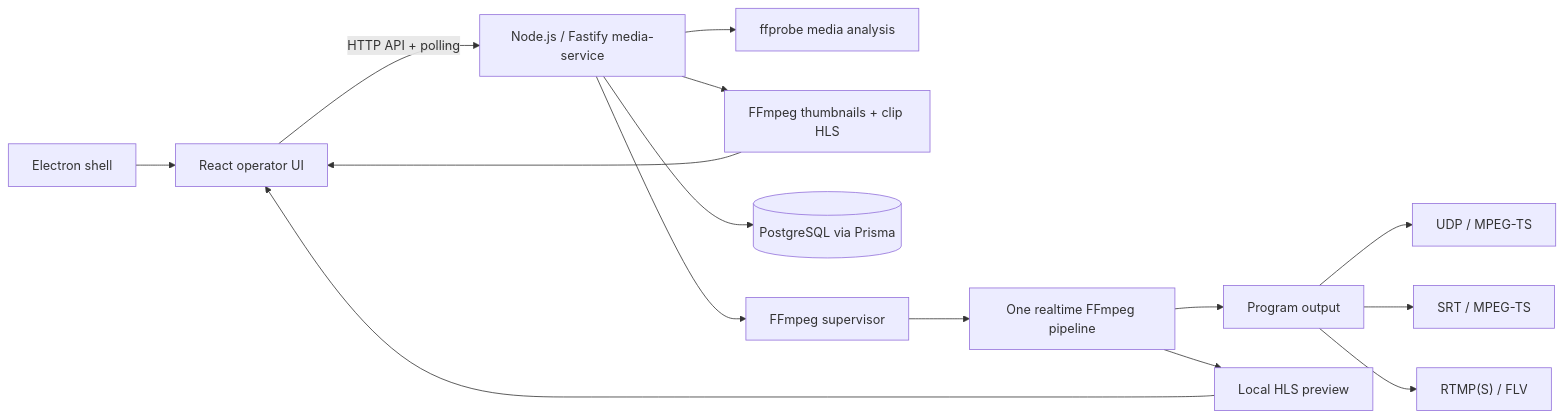
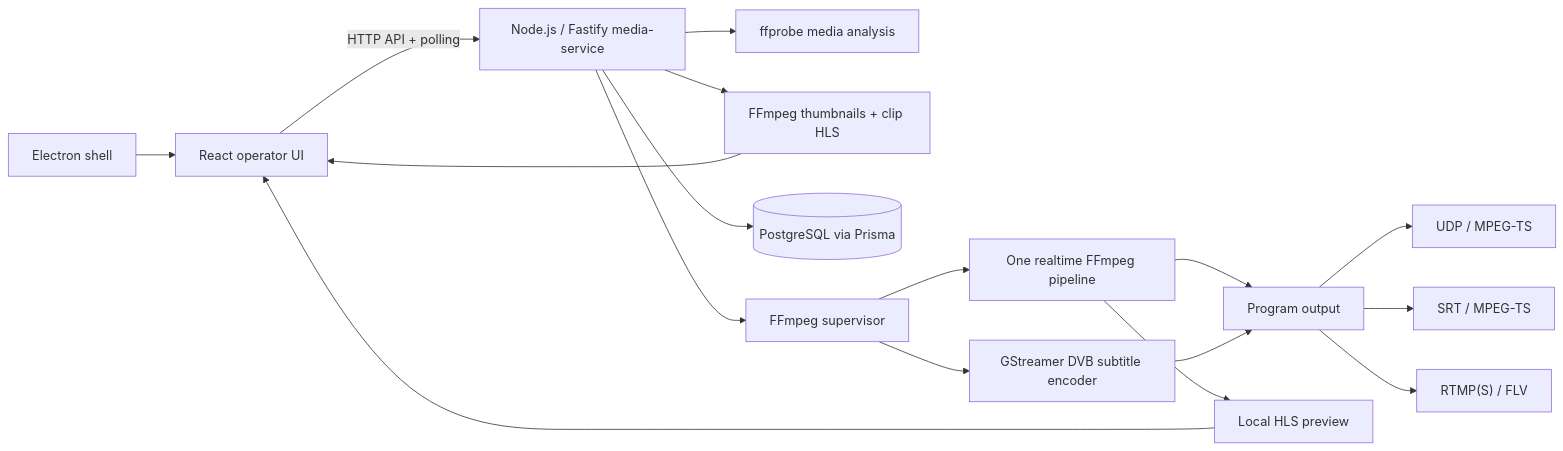
The first of 4 diagrams in docs/architecture.md (MetelevNikita/FluxIO), drawn with Mermaid before and after one commit. The commit also changed other lines of this file and 50 other files, not shown here.

````diff
--- a/docs/architecture.md
+++ b/docs/architecture.md
@@ -7,17 +7,19 @@
 ```mermaid
 flowchart LR
   Electron["Electron shell"] --> UI["React operator UI"]
   UI -->|"HTTP API + polling"| API["Node.js / Fastify media-service"]
   API --> Probe["ffprobe media analysis"]
   API --> MediaPreview["FFmpeg thumbnails + clip HLS"]
   API --> DB[("PostgreSQL via Prisma")]
   API --> Supervisor["FFmpeg supervisor"]
   Supervisor --> FFmpeg["One realtime FFmpeg pipeline"]
+  Supervisor --> DVB["GStreamer DVB subtitle encoder"]
   FFmpeg --> Program["Program output"]
+  DVB --> Program
   Program --> UDP["UDP / MPEG-TS"]
   Program --> SRT["SRT / MPEG-TS"]
   Program --> RTMP["RTMP(S) / FLV"]
   FFmpeg --> Preview["Local HLS preview"]
   Preview --> UI
   MediaPreview --> UI
 ```
````
